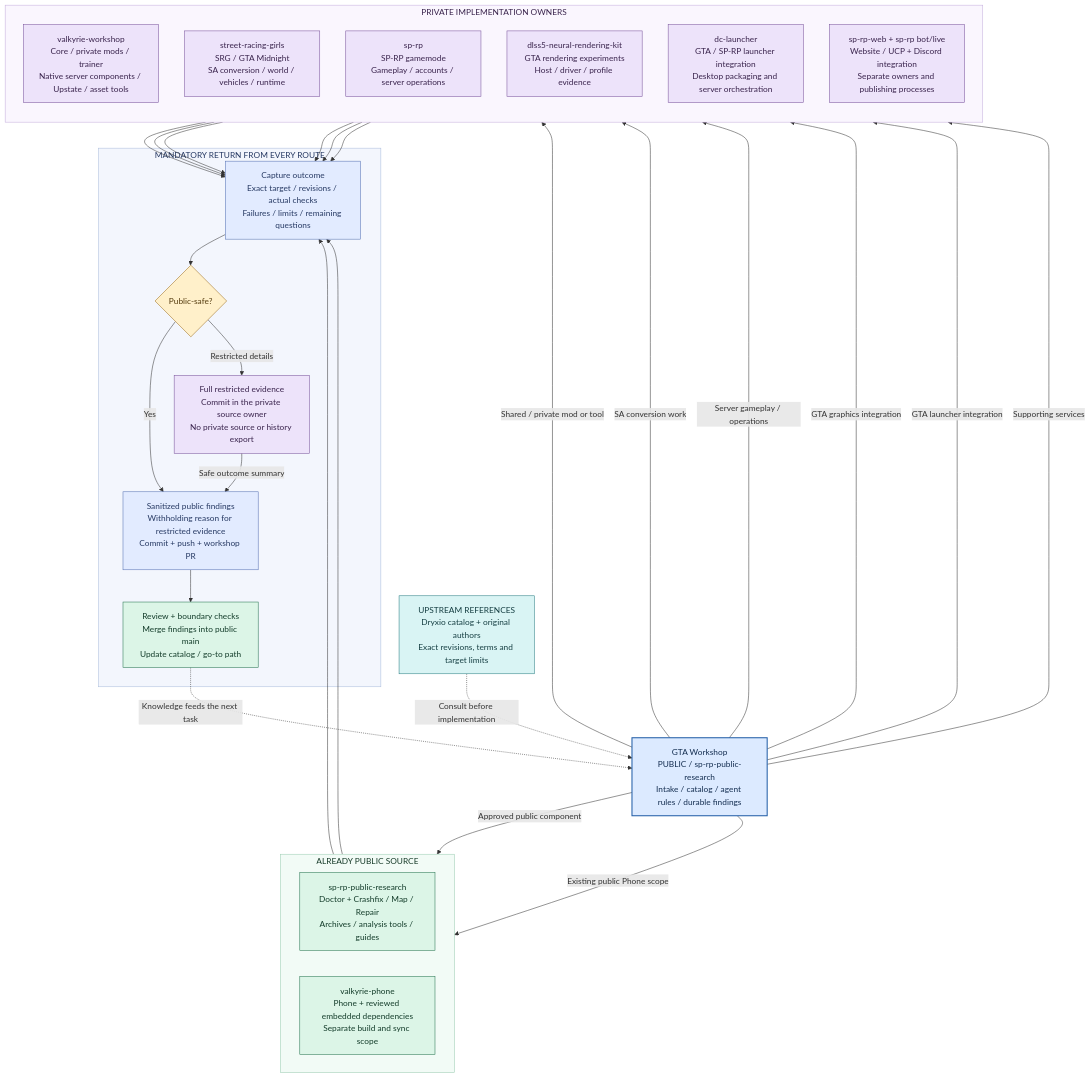
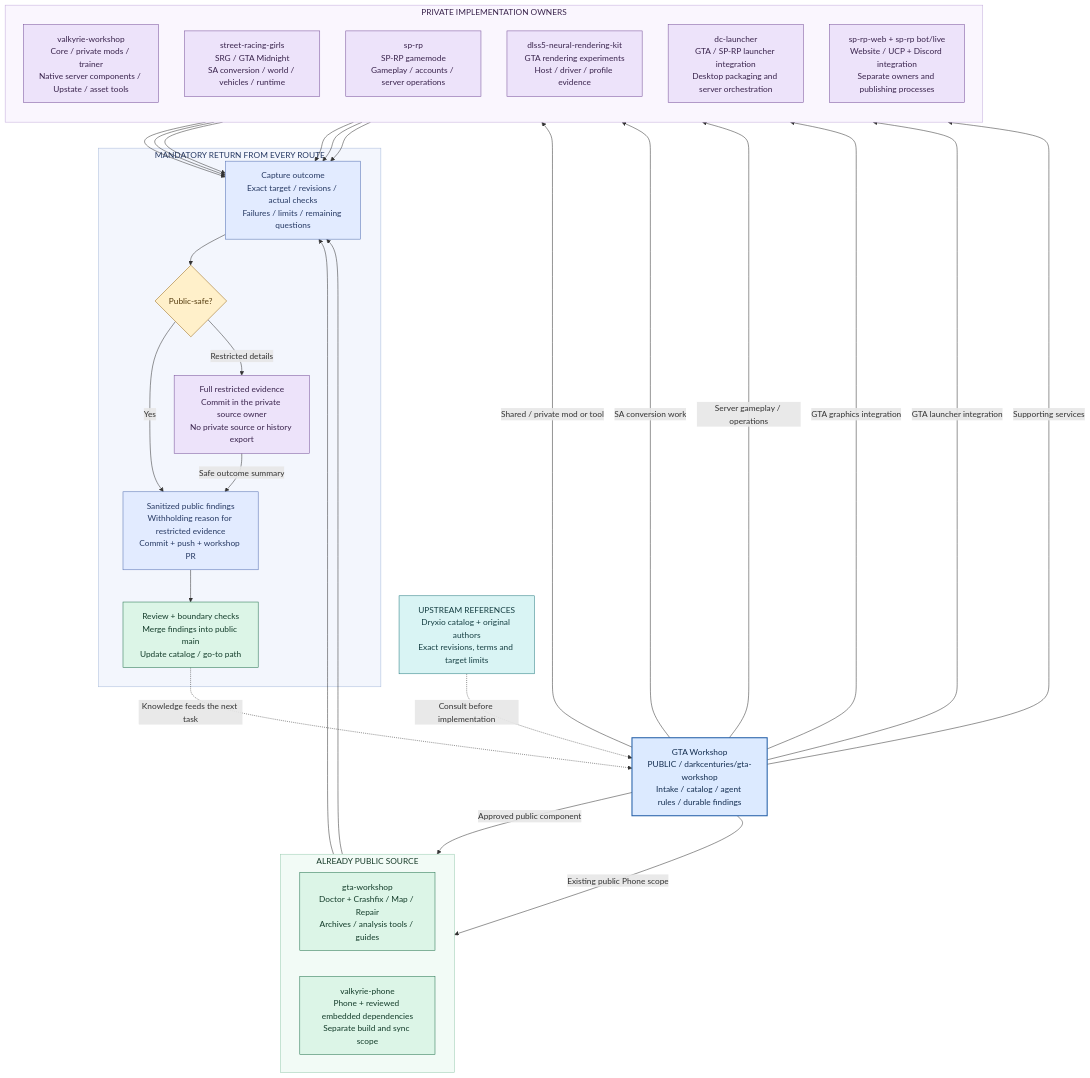
One commit to darkcenturies/gta-workshop changed the diagram in docs/workshop/ownership.mmd. Above: the diagram before and after it, drawn with Mermaid. The commit also changed 7 other files, not shown here.

Commit message:
Use the renamed gta-workshop repository URL throughout the public entry points.

```diff
--- a/docs/workshop/ownership.mmd
+++ b/docs/workshop/ownership.mmd
@@ -1,58 +1,58 @@
 flowchart TB
     accTitle: GTA workshop source ownership and contribution routes
     accDescr: The public workshop routes GTA tasks into two public source owners and six private owners. Upstream references inform work. Every owner returns public-safe findings; source exports have a separate review gate.
-    HUB["GTA Workshop\nPUBLIC / sp-rp-public-research\nIntake / catalog / agent rules / durable findings"]:::hub
+    HUB["GTA Workshop\nPUBLIC / darkcenturies/gta-workshop\nIntake / catalog / agent rules / durable findings"]:::hub
     REF["UPSTREAM REFERENCES\nDryxio catalog + original authors\nExact revisions, terms and target limits"]:::reference
     REF -. "Consult before implementation" .-> HUB
     subgraph PUB["ALREADY PUBLIC SOURCE"]
         direction LR
-        RESEARCH["sp-rp-public-research\nDoctor + Crashfix / Map / Repair\nArchives / analysis tools / guides"]:::public
+        RESEARCH["gta-workshop\nDoctor + Crashfix / Map / Repair\nArchives / analysis tools / guides"]:::public
         PHONE["valkyrie-phone\nPhone + reviewed embedded dependencies\nSeparate build and sync scope"]:::public
     end
     subgraph PRIVATE["PRIVATE IMPLEMENTATION OWNERS"]
         direction TB
         WORKSHOP["valkyrie-workshop\nCore / private mods / trainer\nNative server components / Upstate / asset tools"]:::private
         SRG["street-racing-girls\nSRG / GTA Midnight\nSA conversion / world / vehicles / runtime"]:::private
         SERVER["sp-rp\nSP-RP gamemode\nGameplay / accounts / server operations"]:::private
         RENDER["dlss5-neural-rendering-kit\nGTA rendering experiments\nHost / driver / profile evidence"]:::private
         LAUNCH["dc-launcher\nGTA / SP-RP launcher integration\nDesktop packaging and server orchestration"]:::private
         SERVICES["sp-rp-web + sp-rp bot/live\nWebsite / UCP + Discord integration\nSeparate owners and publishing processes"]:::private
     end
     HUB -->|"Approved public component"| RESEARCH
     HUB -->|"Existing public Phone scope"| PHONE
     HUB -->|"Shared / private mod or tool"| WORKSHOP
     HUB -->|"SA conversion work"| SRG
     HUB -->|"Server gameplay / operations"| SERVER
     HUB -->|"GTA graphics integration"| RENDER
     HUB -->|"GTA launcher integration"| LAUNCH
     HUB -->|"Supporting services"| SERVICES
     subgraph RETURN["MANDATORY RETURN FROM EVERY ROUTE"]
         RESULT["Capture outcome\nExact target / revisions / actual checks\nFailures / limits / remaining questions"]:::evidence
         SAFE{"Public-safe?"}:::gate
         SUMMARY["Sanitized public findings\nWithholding reason for restricted evidence\nCommit + push + workshop PR"]:::evidence
         RESTRICTED["Full restricted evidence\nCommit in the private source owner\nNo private source or history export"]:::private
         MERGED["Review + boundary checks\nMerge findings into public main\nUpdate catalog / go-to path"]:::public
         RESULT --> SAFE
         SAFE -->|"Yes"| SUMMARY
         SAFE -->|"Restricted details"| RESTRICTED
         RESTRICTED -->|"Safe outcome summary"| SUMMARY
         SUMMARY --> MERGED
     end
     RESEARCH --> RESULT
     PHONE --> RESULT
     WORKSHOP --> RESULT
     SRG --> RESULT
     SERVER --> RESULT
     RENDER --> RESULT
     LAUNCH --> RESULT
     SERVICES --> RESULT
     MERGED -. "Knowledge feeds the next task" .-> HUB
     classDef hub fill:#dceaff,stroke:#245fa8,color:#132d50,stroke-width:2px;
     classDef public fill:#dcf5e7,stroke:#23724d,color:#123b29;
     classDef private fill:#ede3fa,stroke:#77519a,color:#39234c;
     classDef reference fill:#d9f4f4,stroke:#267b80,color:#153e42;
     classDef gate fill:#fff0ca,stroke:#9a6a16,color:#543b0e;
     classDef evidence fill:#e2ebff,stroke:#526eb1,color:#263963;
     style PUB fill:#f2fbf6,stroke:#9acbb0,color:#173b29
     style PRIVATE fill:#faf6fe,stroke:#c4addb,color:#39234c
     style RETURN fill:#f3f6fd,stroke:#a9bbdb,color:#263963
```
